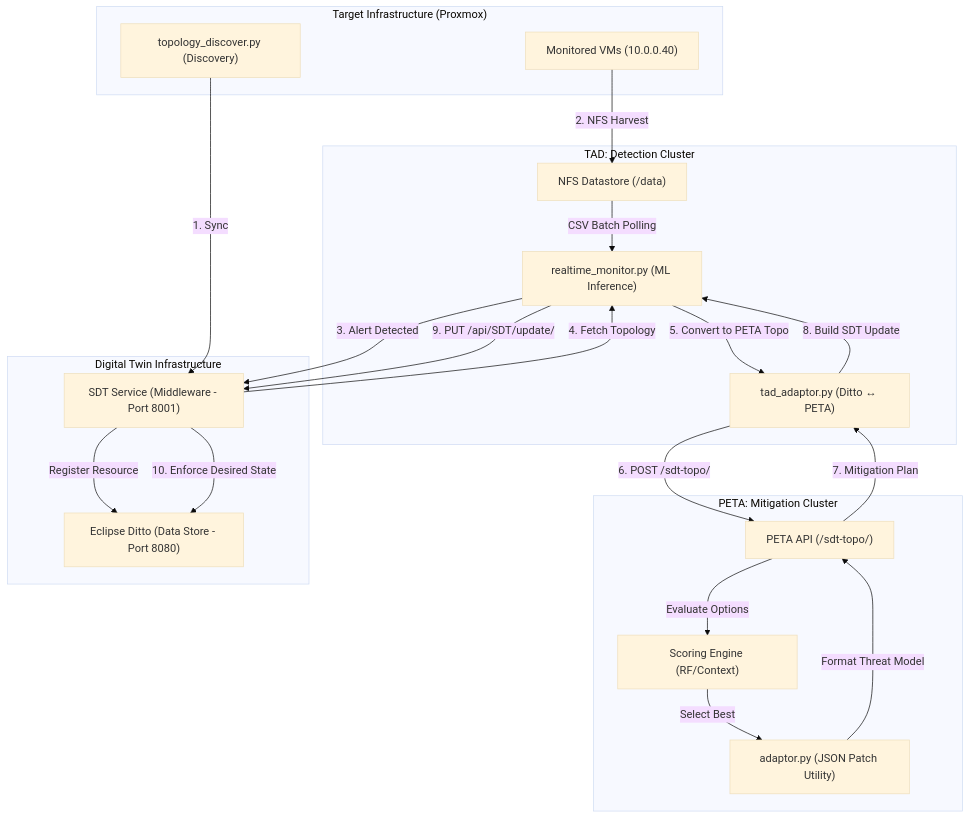
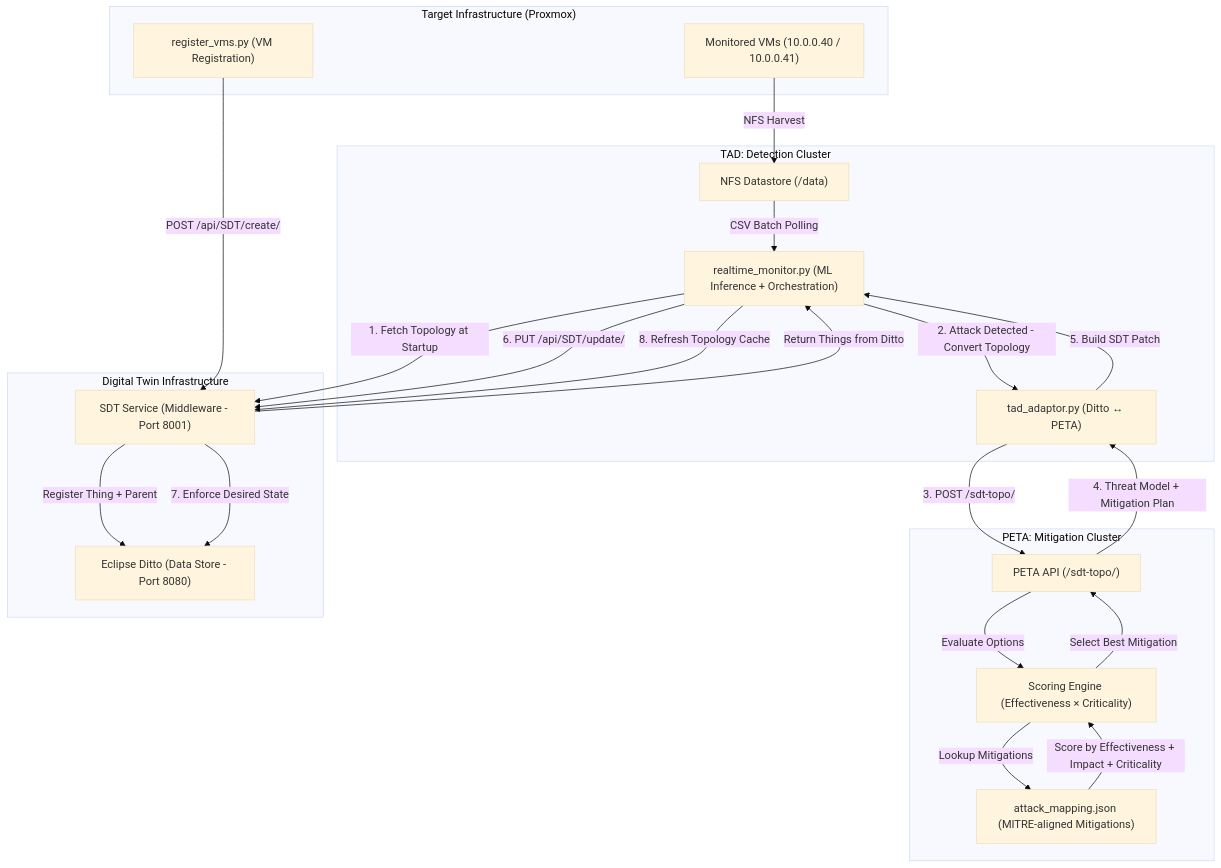
One commit to COBALT-PROJECT/TAD-PETA changed the first of 2 diagrams in README.md. Above: the diagram before and after it, drawn with Mermaid (base theme). The commit also changed other lines of this file and 8 other files, not shown here.

Commit message:
feat: update PETA scoring, attack mapping, and TAD monitoring scripts

````diff
--- a/README.md
+++ b/README.md
@@ -29,45 +29,47 @@
 ```mermaid
 graph TD
     subgraph Target_Environment ["Target Infrastructure (Proxmox)"]
-        VMs["Monitored VMs (10.0.0.40)"]
-        TE["topology_discover.py (Discovery)"]
+        VMs["Monitored VMs (10.0.0.40 / 10.0.0.41)"]
+        REG["register_vms.py (VM Registration)"]
     end
 
     subgraph Monitoring_Pipeline ["TAD: Detection Cluster"]
         NFS["NFS Datastore (/data)"]
-        RM["realtime_monitor.py (ML Inference)"]
+        RM["realtime_monitor.py (ML Inference + Orchestration)"]
         Adapt["tad_adaptor.py (Ditto ↔ PETA)"]
     end
 
     subgraph Intelligent_Remediation ["PETA: Mitigation Cluster"]
         API["PETA API (/sdt-topo/)"]
-        Scoring["Scoring Engine (RF/Context)"]
-        PetaAdapt["adaptor.py (JSON Patch Utility)"]
+        Scoring["Scoring Engine (Effectiveness × Criticality)"]
+        AttackMap["attack_mapping.json (MITRE-aligned Mitigations)"]
     end
 
     subgraph Digital_Twin_Core ["Digital Twin Infrastructure"]
         SDT["SDT Service (Middleware - Port 8001)"]
         DT["Eclipse Ditto (Data Store - Port 8080)"]
     end
 
-    %% Discovery Flow
-    TE -->|1. Sync| SDT
-    SDT -->|Register Resource| DT
+    %% Registration Flow
+    REG -->|POST /api/SDT/create/| SDT
+    SDT -->|Register Thing + Parent| DT
 
     %% Detection Flow
-    VMs -->|2. NFS Harvest| NFS
+    VMs -->|NFS Harvest| NFS
     NFS -->|CSV Batch Polling| RM
-    
+
     %% Remediation Loop
-    RM -->|3. Alert Detected| SDT
-    SDT -->|4. Fetch Topology| RM
-    RM -->|5. Convert to PETA Topo| Adapt
-    Adapt -->|6. POST /sdt-topo/| API
+    RM -->|1. Fetch Topology at Startup| SDT
+    SDT -->|Return Things from Ditto| RM
+    RM -->|2. Attack Detected - Convert Topology| Adapt
+    Adapt -->|3. POST /sdt-topo/| API
     API -->|Evaluate Options| Scoring
-    Scoring -->|Select Best| PetaAdapt
-    PetaAdapt -->|Format Threat Model| API
-    API -->|7. Mitigation Plan| Adapt
-    Adapt -->|8. Build SDT Update| RM
-    RM -->|9. PUT /api/SDT/update/| SDT
-    SDT -->|10. Enforce Desired State| DT
+    Scoring -->|Lookup Mitigations| AttackMap
+    AttackMap -->|Score by Effectiveness + Impact + Criticality| Scoring
+    Scoring -->|Select Best Mitigation| API
+    API -->|4. Threat Model + Mitigation Plan| Adapt
+    Adapt -->|5. Build SDT Patch| RM
+    RM -->|6. PUT /api/SDT/update/| SDT
+    SDT -->|7. Enforce Desired State| DT
+    RM -->|8. Refresh Topology Cache| SDT
 ```
````
